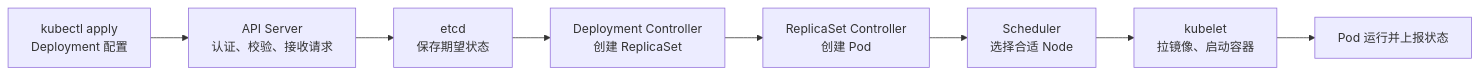
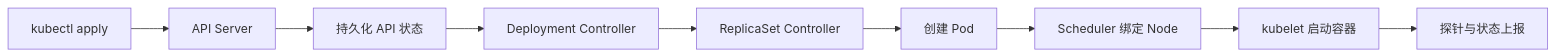
Before and after one commit to blog-archives/interview: the diagram in content/kubernetes/basic.md, drawn with Mermaid. The commit also changed other lines of this file and 8 other files, not shown here.

````diff
--- a/content/kubernetes/basic.md
+++ b/content/kubernetes/basic.md
@@ -93,10 +72,11 @@
 ```mermaid
 flowchart LR
-    A[kubectl apply<br/>Deployment 配置] --> B[API Server<br/>认证、校验、接收请求]
-    B --> C[etcd<br/>保存期望状态]
-    C --> D[Deployment Controller<br/>创建 ReplicaSet]
-    D --> E[ReplicaSet Controller<br/>创建 Pod]
-    E --> F[Scheduler<br/>选择合适 Node]
-    F --> G[kubelet<br/>拉镜像、启动容器]
-    G --> H[Pod 运行并上报状态]
+    A[kubectl apply] --> B[API Server]
+    B --> C[持久化 API 状态]
+    C --> D[Deployment Controller]
+    D --> E[ReplicaSet Controller]
+    E --> F[创建 Pod]
+    F --> G[Scheduler 绑定 Node]
+    G --> H[kubelet 启动容器]
+    H --> I[探针与状态上报]
 ```
````
